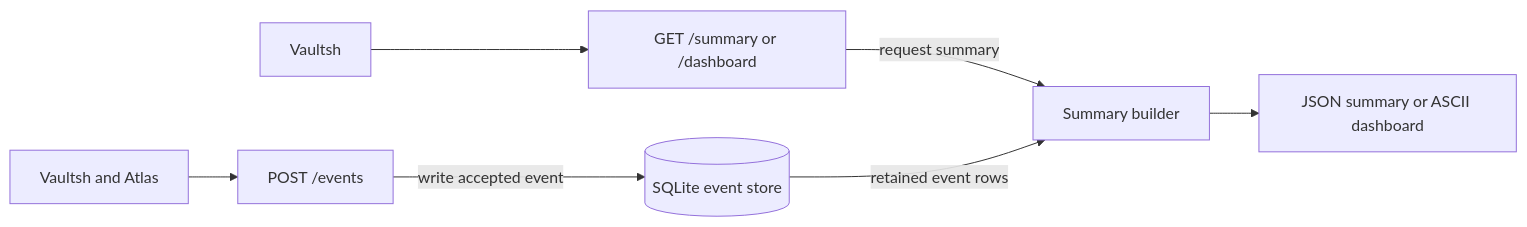
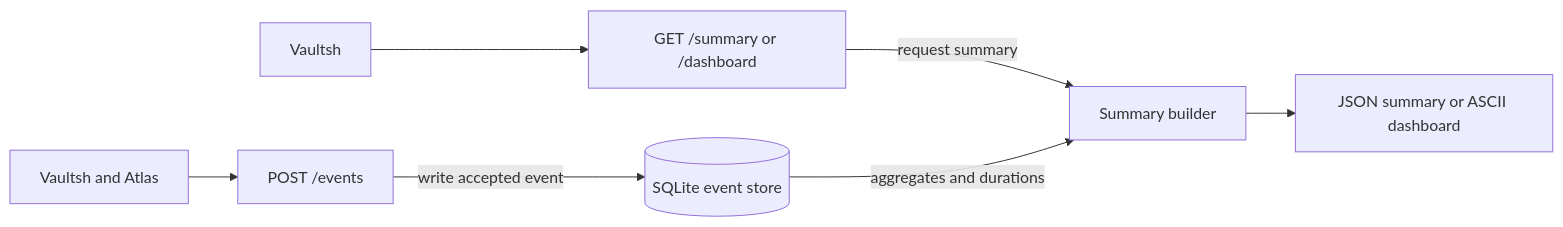
Before and after one commit to mateoRc/lab: the diagram in content/docs/architecture/forge.md, drawn with Mermaid. The commit also changed other lines of this file and 2 other files, not shown here.

````diff
--- a/content/docs/architecture/forge.md
+++ b/content/docs/architecture/forge.md
@@ -8,15 +8,15 @@
 ```mermaid
 flowchart LR
     producers["Vaultsh and Atlas"]
     ingest["POST /events"]
     query["GET /summary or /dashboard"]
     storage[("SQLite event store")]
     summary["Summary builder"]
     output["JSON summary or ASCII dashboard"]
     vaultsh["Vaultsh"]
 
     producers --> ingest -->|"write accepted event"| storage
     vaultsh --> query -->|"request summary"| summary
-    storage -->|"retained event rows"| summary
+    storage -->|"aggregates and durations"| summary
     summary --> output
 ```
````
